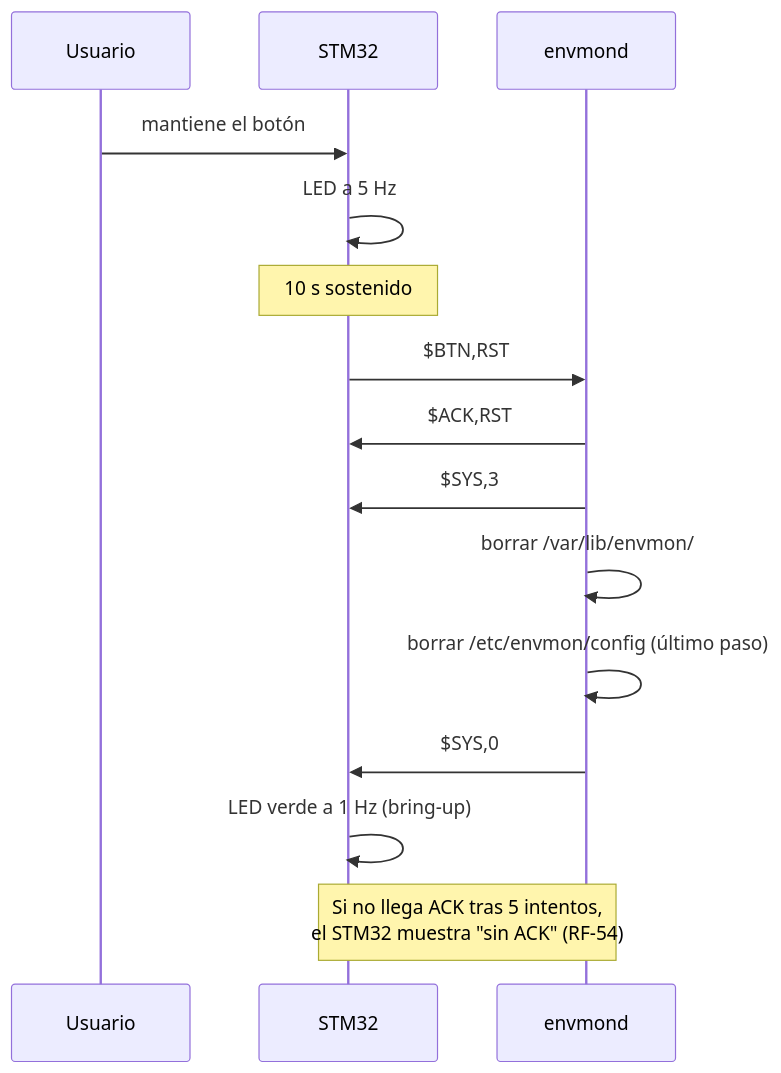
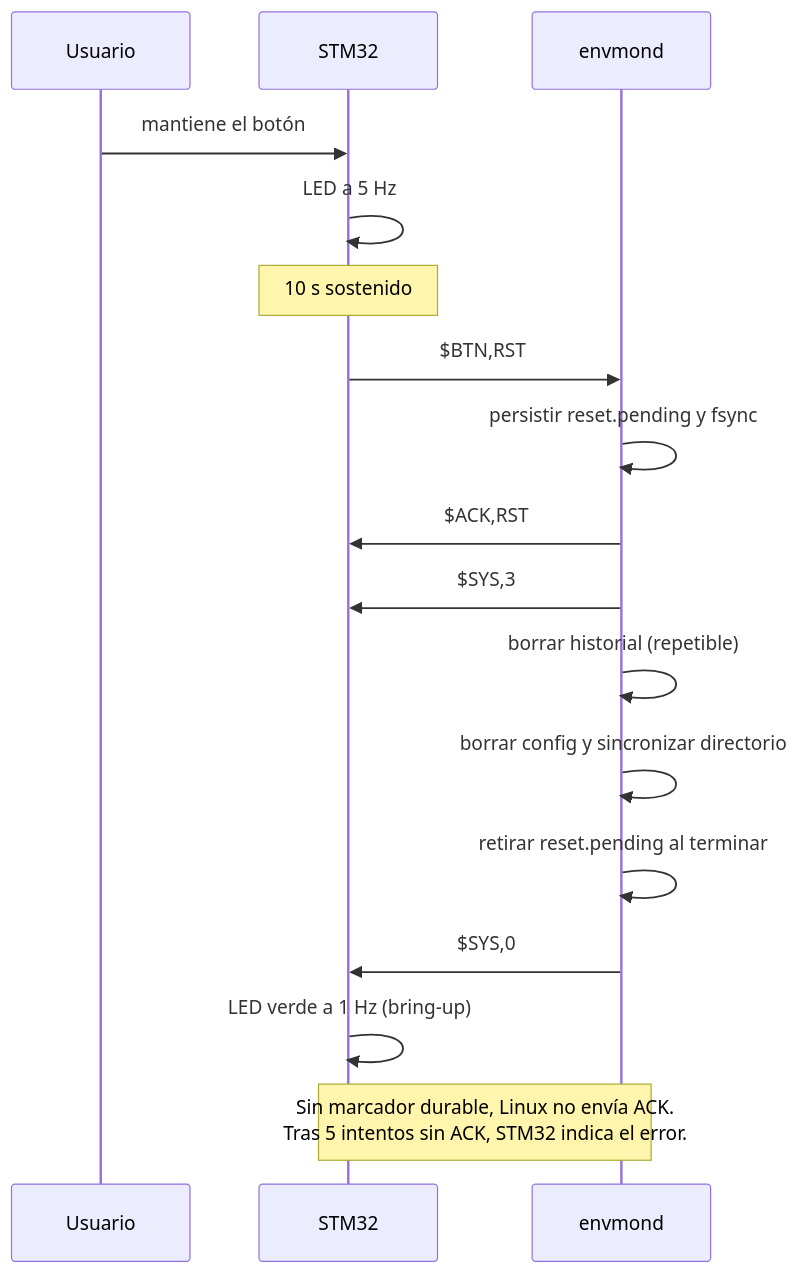
One commit to anhenaobe/smart-environmental-monitoring-system changed the eighth of 9 diagrams in docs/arquitectura.md. Above: the diagram before and after it, drawn with Mermaid. The commit also changed other lines of this file and 5 other files, not shown here.

````diff
--- a/docs/arquitectura.md
+++ b/docs/arquitectura.md
@@ -242,17 +246,19 @@
 ```mermaid
 sequenceDiagram
     participant U as Usuario
     participant M as STM32
     participant L as envmond
     U->>M: mantiene el botón
     M->>M: LED a 5 Hz
     Note over M: 10 s sostenido
     M->>L: $BTN,RST
+    L->>L: persistir reset.pending y fsync
     L->>M: $ACK,RST
     L->>M: $SYS,3
-    L->>L: borrar /var/lib/envmon/
-    L->>L: borrar /etc/envmon/config (último paso)
+    L->>L: borrar historial (repetible)
+    L->>L: borrar config y sincronizar directorio
+    L->>L: retirar reset.pending al terminar
     L->>M: $SYS,0
     M->>M: LED verde a 1 Hz (bring-up)
-    Note over M,L: Si no llega ACK tras 5 intentos,<br/>el STM32 muestra "sin ACK" (RF-54)
+    Note over M,L: Sin marcador durable, Linux no envía ACK.<br/>Tras 5 intentos sin ACK, STM32 indica el error.
 ```
````
